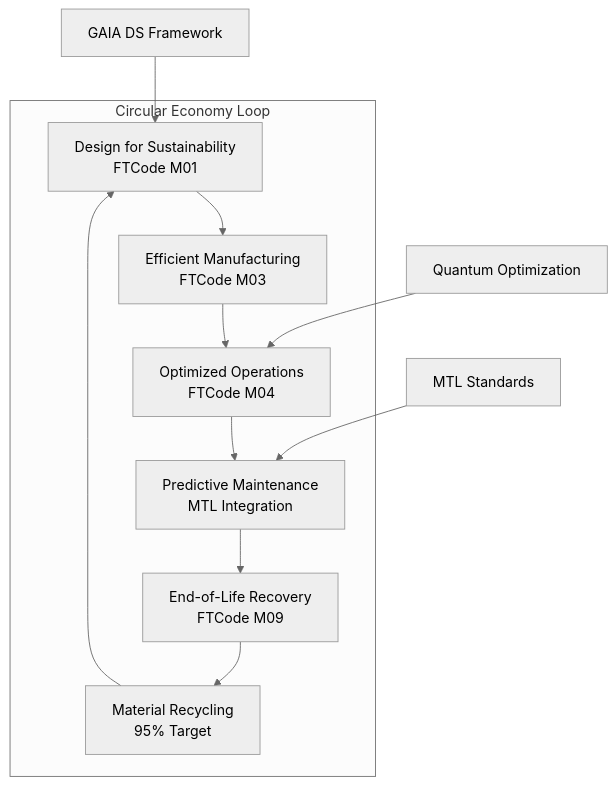
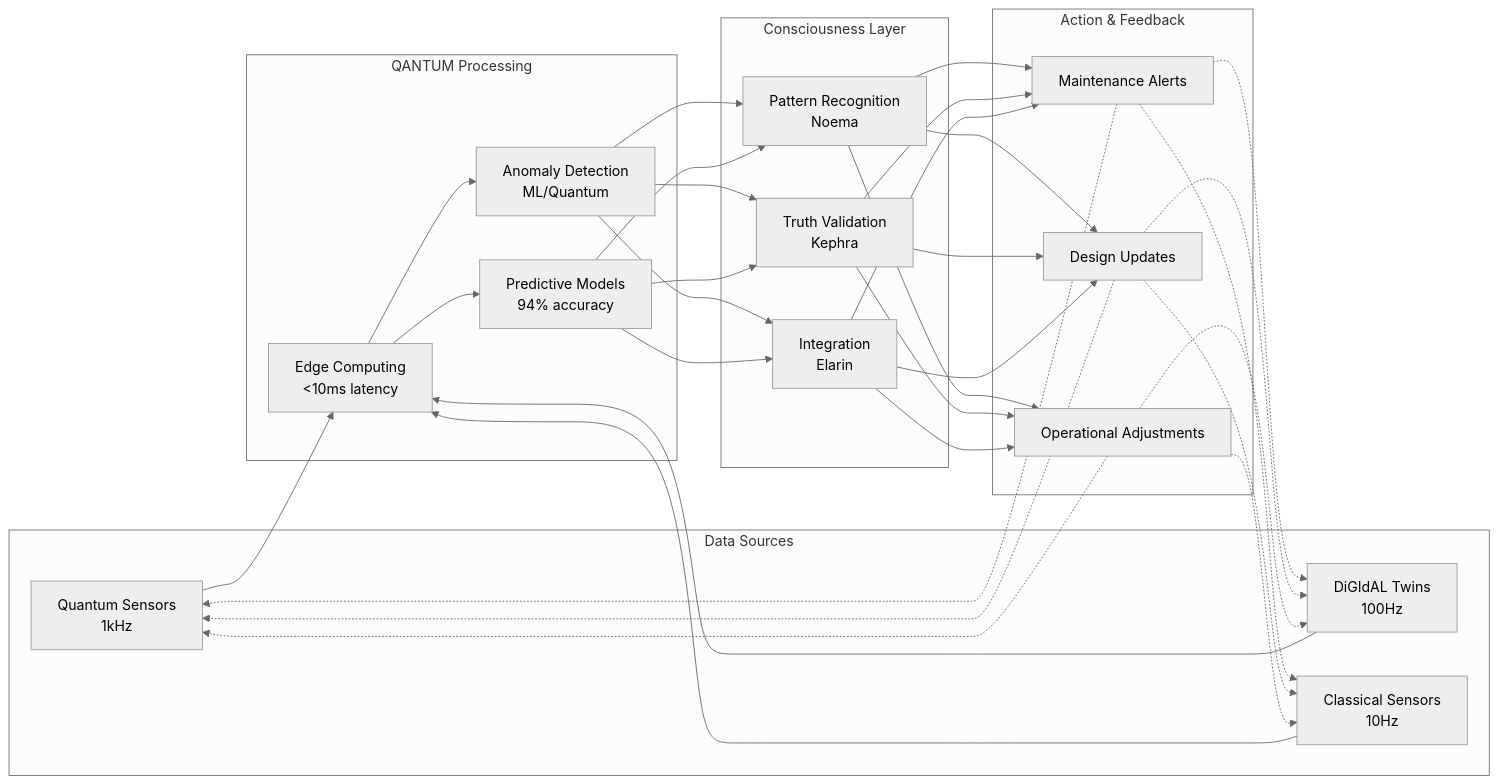
One commit to Robbbo-T/Robbbo-T changed the fourth of 12 diagrams in README.md. Above: the diagram before and after it, drawn with Mermaid (neutral theme). The commit also changed other lines of this file, not shown here.

````diff
--- a/README.md
+++ b/README.md
@@ -592,15 +372,32 @@
 ```mermaid
-graph TB
-    subgraph "Circular Economy Loop"
-        A[Design for Sustainability<br/>FTCode M01] --> B[Efficient Manufacturing<br/>FTCode M03]
-        B --> C[Optimized Operations<br/>FTCode M04]
-        C --> D[Predictive Maintenance<br/>MTL Integration]
-        D --> E[End-of-Life Recovery<br/>FTCode M09]
-        E --> F[Material Recycling<br/>95% Target]
-        F --> A
+graph LR
+    subgraph "Data Sources"
+        A[Quantum Sensors<br/>1kHz]
+        B[DiGIdAL Twins<br/>100Hz]
+        C[Classical Sensors<br/>10Hz]
     end
     
-    G[GAIA DS Framework] --> A
-    H[MTL Standards] --> D
-    I[Quantum Optimization] --> C
+    subgraph "QANTUM Processing"
+        D[Edge Computing<br/><10ms latency]
+        E[Anomaly Detection<br/>ML/Quantum]
+        F[Predictive Models<br/>94% accuracy]
+    end
+    
+    subgraph "Consciousness Layer"
+        G[Pattern Recognition<br/>Noema]
+        H[Truth Validation<br/>Kephra]
+        I[Integration<br/>Elarin]
+    end
+    
+    subgraph "Action & Feedback"
+        J[Maintenance Alerts]
+        K[Design Updates]
+        L[Operational Adjustments]
+    end
+    
+    A & B & C --> D
+    D --> E & F
+    E & F --> G & H & I
+    G & H & I --> J & K & L
+    J & K & L -.-> A & B & C
 ```
````
